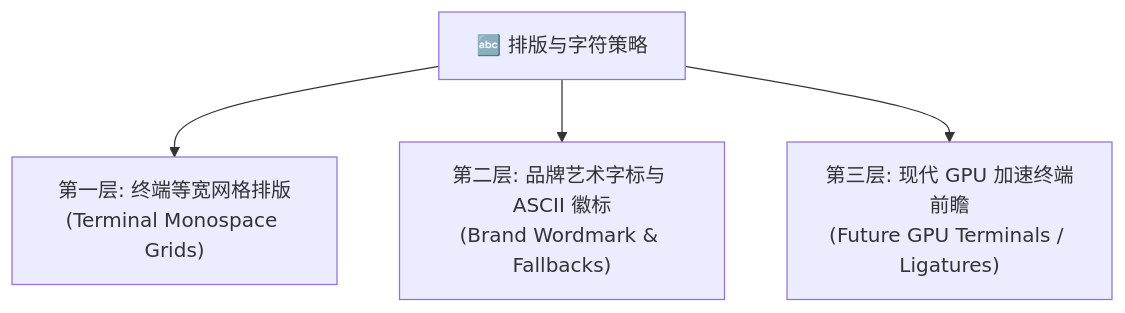
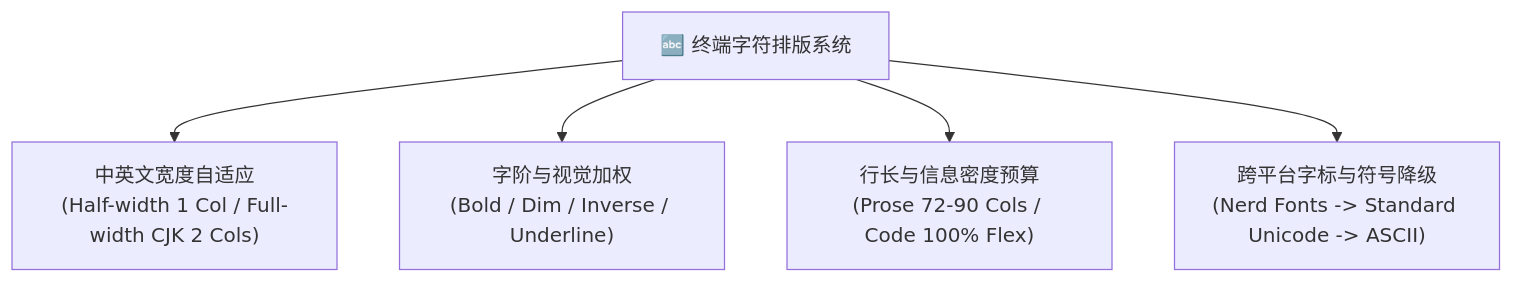
One commit to Aoody743/nightglide-cli changed the second of 2 diagrams in docs/DESIGN_SYSTEM.md. Above: the diagram before and after it, drawn with Mermaid. The commit also changed other lines of this file and 6 other files, not shown here.

````diff
--- a/docs/DESIGN_SYSTEM.md
+++ b/docs/DESIGN_SYSTEM.md
@@ -123,11 +228,13 @@
 ```mermaid
 flowchart TD
-    Typo["🔤 排版与字符策略"]
-    L1["第一层: 终端等宽网格排版\n(Terminal Monospace Grids)"]
-    L2["第二层: 品牌艺术字标与 ASCII 徽标\n(Brand Wordmark & Fallbacks)"]
-    L3["第三层: 现代 GPU 加速终端前瞻\n(Future GPU Terminals / Ligatures)"]
+    TypoEngine["🔤 终端字符排版系统"]
+    WidthRule["中英文宽度自适应\n(Half-width 1 Col / Full-width CJK 2 Cols)"]
+    Hierarchy["字阶与视觉加权\n(Bold / Dim / Inverse / Underline)"]
+    Budget["行长与信息密度预算\n(Prose 72-90 Cols / Code 100% Flex)"]
+    Fallback["跨平台字标与符号降级\n(Nerd Fonts -> Standard Unicode -> ASCII)"]
 
-    Typo --> L1
-    Typo --> L2
-    Typo --> L3
+    TypoEngine --> WidthRule
+    TypoEngine --> Hierarchy
+    TypoEngine --> Budget
+    TypoEngine --> Fallback
 ```
````
